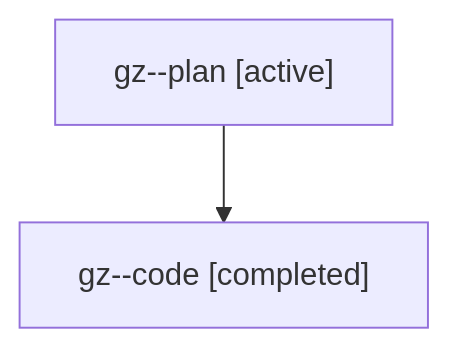
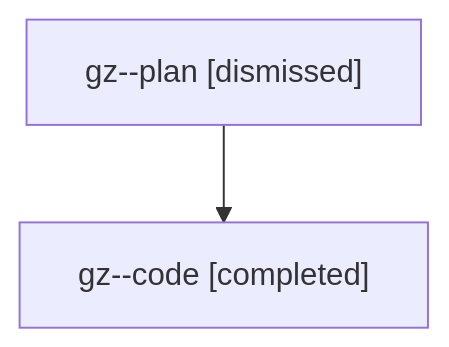
The diagram in sessions/bbugyi200.athena.gz.md (sase-org/sase--agents), drawn with Mermaid before and after one commit. The commit also changed other lines of this file and 74 other files, not shown here.

````diff
--- a/sessions/bbugyi200.athena.gz.md
+++ b/sessions/bbugyi200.athena.gz.md
@@ -9,6 +9,6 @@
 ```mermaid
 flowchart TD
-  n0["gz--plan [active]"]
+  n0["gz--plan [dismissed]"]
   n1["gz--code [completed]"]
   n0 --> n1
 ```
````
